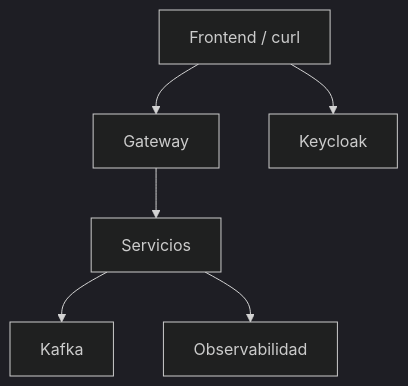
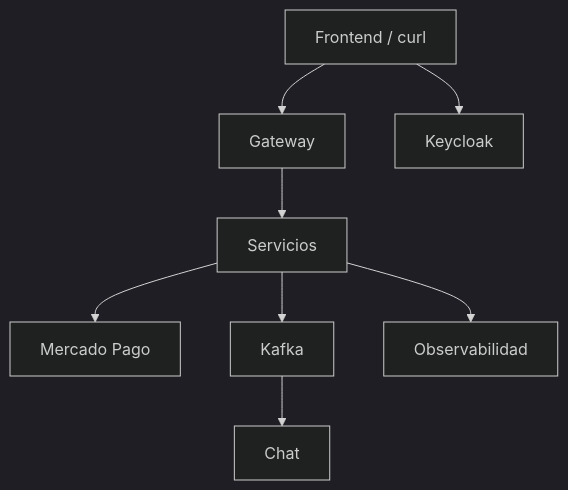
One commit to erickmijael17/SmartCampus-Marketplace changed the first of 2 diagrams in docs/sesiones/s12-evaluacion-u2.md. Above: the diagram before and after it, drawn with Mermaid (dark theme). The commit also changed other lines of this file and 23 other files, not shown here.

Commit message:
docs: update frontend and payment flows

````diff
--- a/docs/sesiones/s12-evaluacion-u2.md
+++ b/docs/sesiones/s12-evaluacion-u2.md
@@ -47,13 +47,17 @@
 ```mermaid
 flowchart TB
     FE["Frontend / curl"]
     GW["Gateway"]
     KC["Keycloak"]
     MS["Servicios"]
+    PAY["Mercado Pago"]
+    CHAT["Chat"]
     K["Kafka"]
     OBS["Observabilidad"]
     FE --> GW --> MS
     FE --> KC
+    MS --> PAY
     MS --> K
+    K --> CHAT
     MS --> OBS
 ```
````
